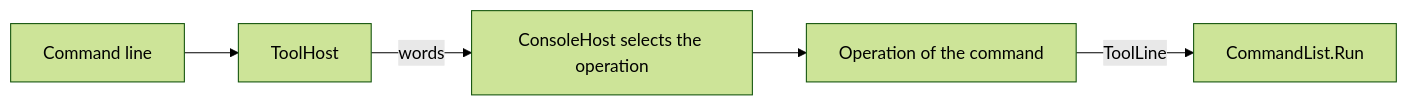
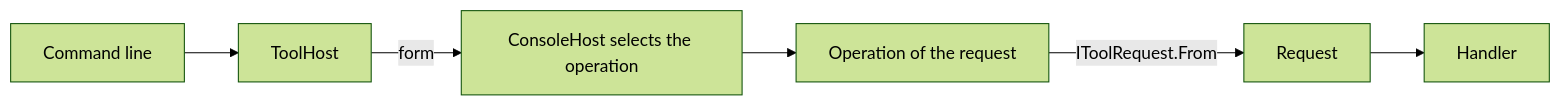
Before and after one commit to MgCohen/vsa-template: the diagram in docs/scaffolding.md, drawn with Mermaid (forest theme). The commit also changed other lines of this file and 211 other files, not shown here.

````diff
--- a/docs/scaffolding.md
+++ b/docs/scaffolding.md
@@ -51,7 +52,8 @@
 ```mermaid
 flowchart LR
     A[Command line] --> H[ToolHost]
-    H -->|words| C[ConsoleHost selects the operation]
-    C --> O[Operation of the command]
-    O -->|ToolLine| R[CommandList.Run]
+    H -->|form| C[ConsoleHost selects the operation]
+    C --> O[Operation of the request]
+    O -->|IToolRequest.From| R[Request]
+    R --> X[Handler]
 ```
````
